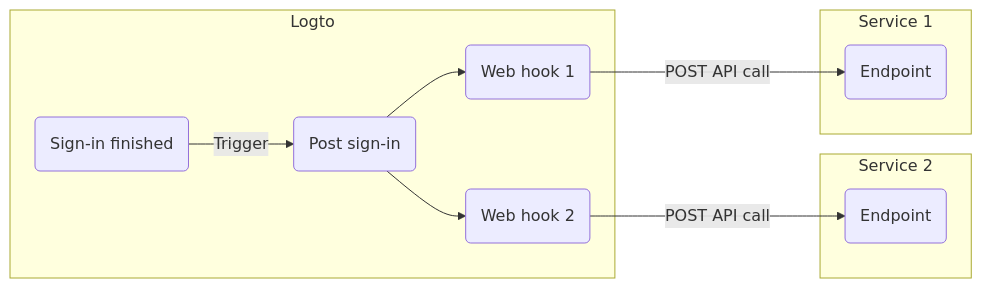
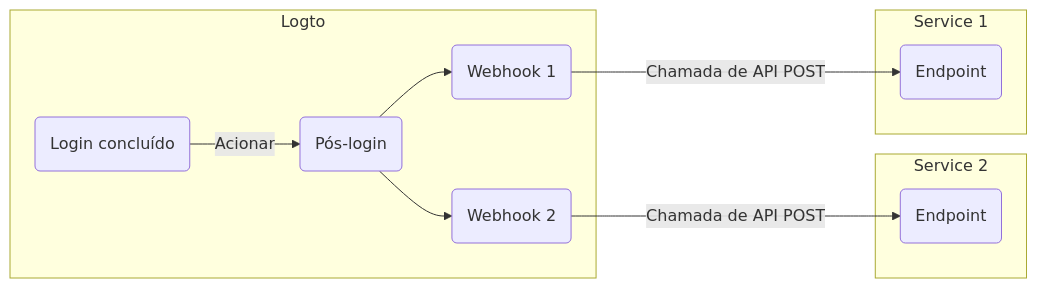
Before and after one commit to logto-io/docs: the diagram in i18n/pt-BR/docusaurus-plugin-content-docs/current/developers/webhooks/README.mdx, drawn with Mermaid. The commit also changed other lines of this file and 234 other files, not shown here.

````diff
--- a/i18n/pt-BR/docusaurus-plugin-content-docs/current/developers/webhooks/README.mdx
+++ b/i18n/pt-BR/docusaurus-plugin-content-docs/current/developers/webhooks/README.mdx
@@ -36,24 +36,24 @@
 ```mermaid
 graph LR
   subgraph Logto
-    SF(Sign-in finished)
-    PS(Post sign-in)
-    WH2(Web hook 2)
-    WH1(Web hook 1)
+    SF(Login concluído)
+    PS(Pós-login)
+    WH2(Webhook 2)
+    WH1(Webhook 1)
   end
 
   subgraph Service 2
     E2(Endpoint)
   end
 
   subgraph Service 1
     E1(Endpoint)
   end
 
-  SF -->|Trigger| PS
+  SF -->|Acionar| PS
   PS --> WH1
   PS --> WH2
-  WH1 --->|POST API call| E1
-  WH2 --->|POST API call| E2
+  WH1 --->|Chamada de API POST| E1
+  WH2 --->|Chamada de API POST| E2
 
 ```
````
